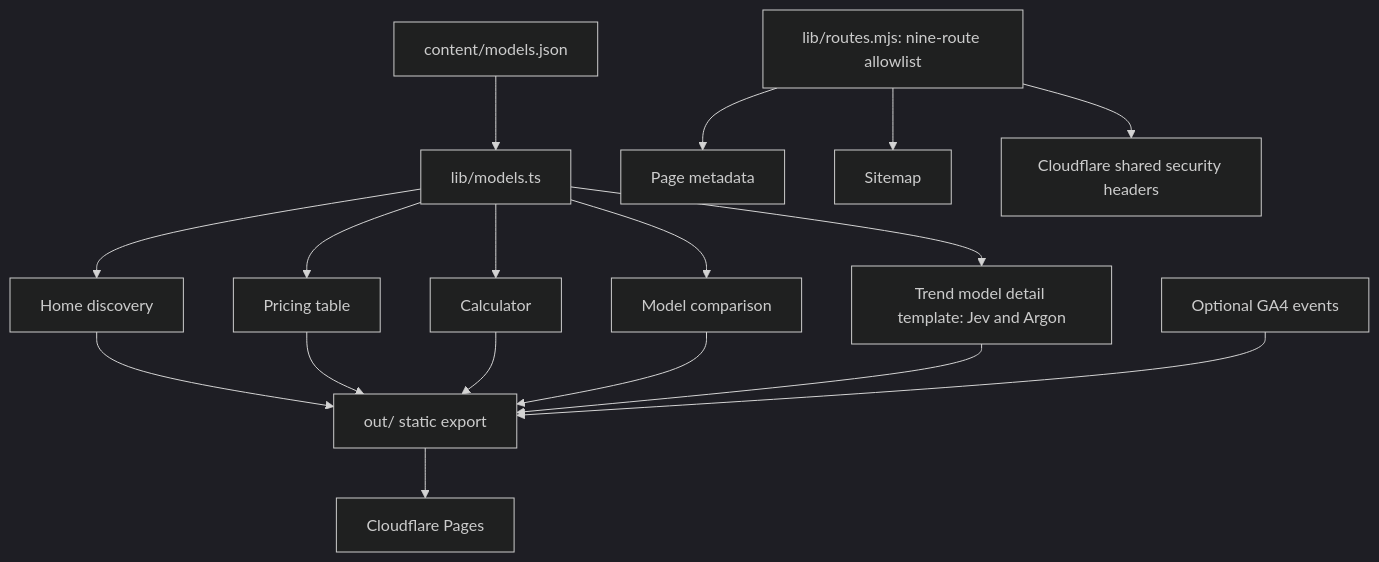
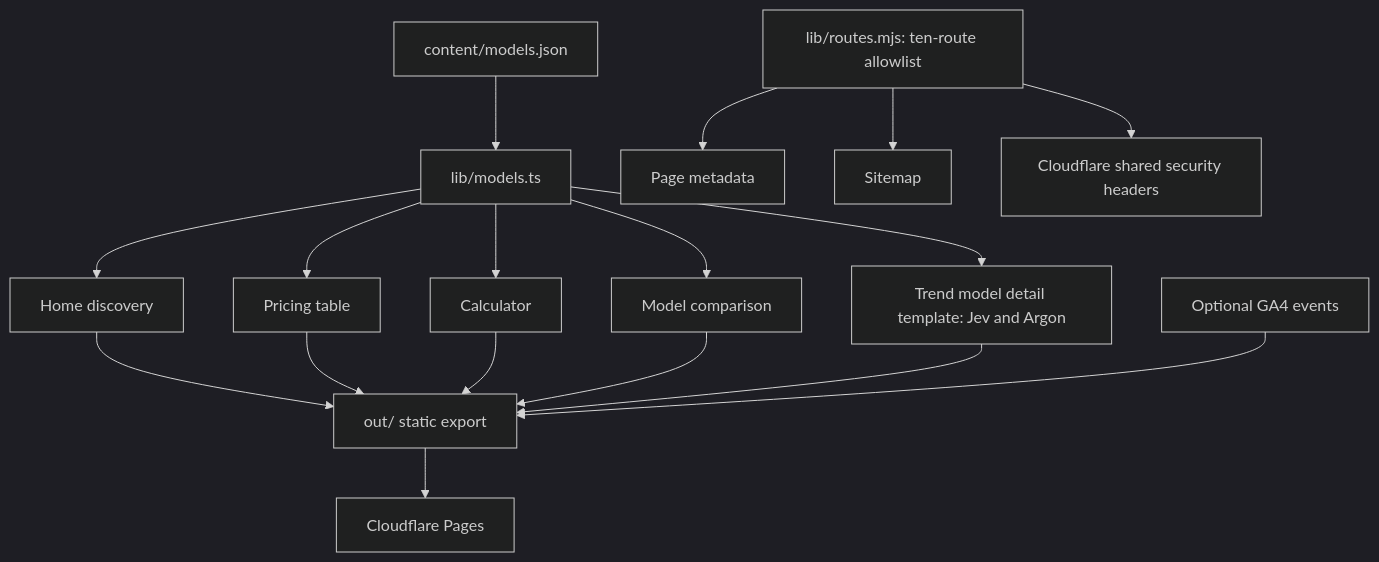
The diagram in ARCHITECTURE.md (yubinhong/toolpilot), drawn with Mermaid (dark theme) before and after one commit. The commit also changed other lines of this file and 21 other files, not shown here.

````diff
--- a/ARCHITECTURE.md
+++ b/ARCHITECTURE.md
@@ -7,19 +7,19 @@
 ```mermaid
 flowchart TD
     M[content/models.json] --> L[lib/models.ts]
     L --> H[Home discovery]
     L --> P[Pricing table]
     L --> C[Calculator]
     L --> X[Model comparison]
     L --> J[Trend model detail template: Jev and Argon]
-    R[lib/routes.mjs: nine-route allowlist] --> MD[Page metadata]
+    R[lib/routes.mjs: ten-route allowlist] --> MD[Page metadata]
     R --> SM[Sitemap]
     R --> AH[Cloudflare shared security headers]
     H --> O[out/ static export]
     P --> O
     C --> O
     X --> O
     J --> O
     O --> CF[Cloudflare Pages]
     GA[Optional GA4 events] --> O
 ```
````
